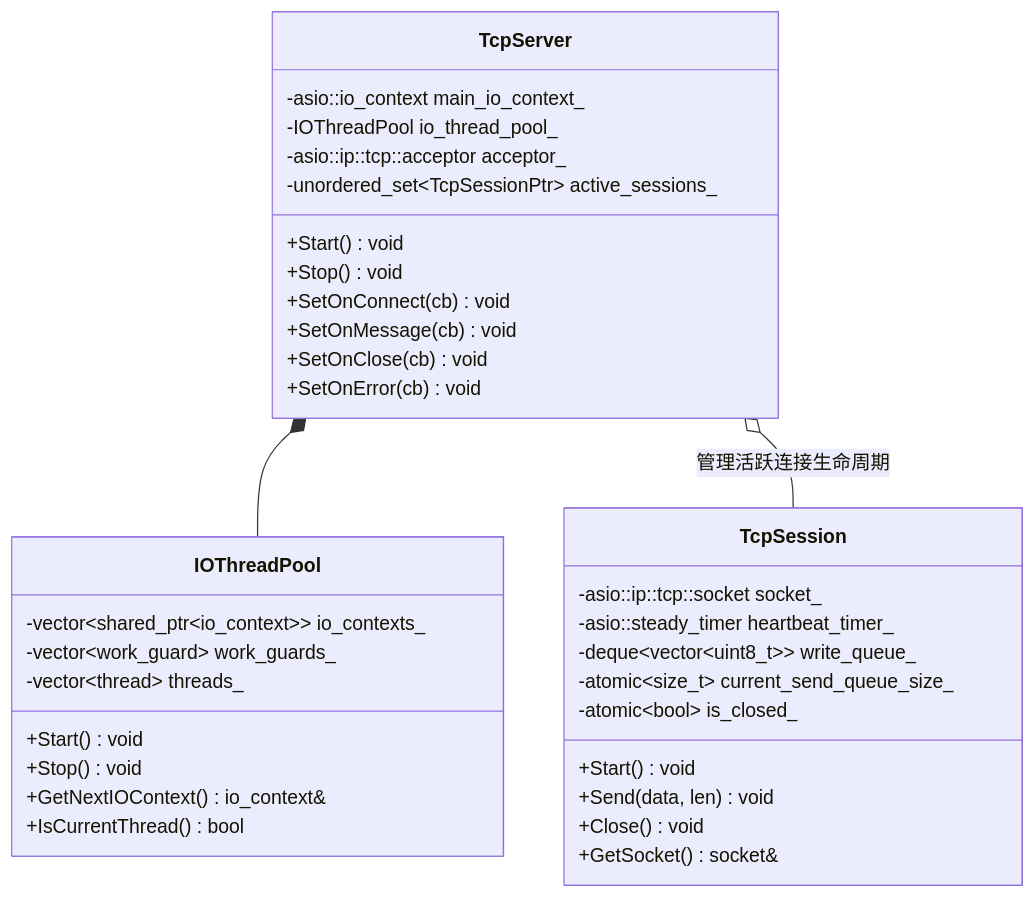
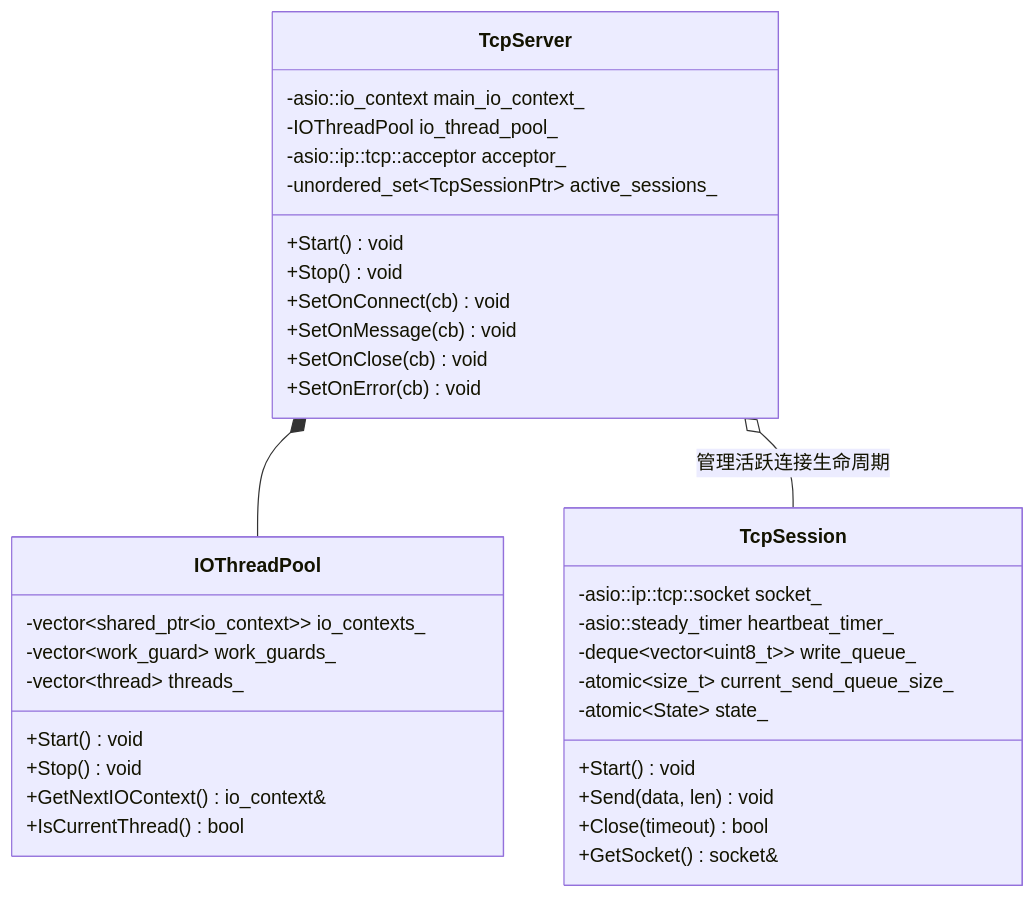
One commit to shengsd/tcp_server changed the second of 4 diagrams in DESIGN.md. Above: the diagram before and after it, drawn with Mermaid. The commit also changed other lines of this file and 5 other files, not shown here.

````diff
--- a/DESIGN.md
+++ b/DESIGN.md
@@ -54,40 +54,40 @@
 ```mermaid
 classDiagram
     class TcpServer {
         -asio::io_context main_io_context_
         -IOThreadPool io_thread_pool_
         -asio::ip::tcp::acceptor acceptor_
         -unordered_set~TcpSessionPtr~ active_sessions_
         +Start() void
         +Stop() void
         +SetOnConnect(cb) void
         +SetOnMessage(cb) void
         +SetOnClose(cb) void
         +SetOnError(cb) void
     }
 
     class IOThreadPool {
         -vector~shared_ptr~io_context~~ io_contexts_
         -vector~work_guard~ work_guards_
         -vector~thread~ threads_
         +Start() void
         +Stop() void
         +GetNextIOContext() io_context&
         +IsCurrentThread() bool
     }
 
     class TcpSession {
         -asio::ip::tcp::socket socket_
         -asio::steady_timer heartbeat_timer_
         -deque~vector~uint8_t~~ write_queue_
         -atomic~size_t~ current_send_queue_size_
-        -atomic~bool~ is_closed_
+        -atomic~State~ state_
         +Start() void
         +Send(data, len) void
-        +Close() void
+        +Close(timeout) bool
         +GetSocket() socket&
     }
 
     TcpServer *-- IOThreadPool
     TcpServer o-- TcpSession : 管理活跃连接生命周期
 ```
````
